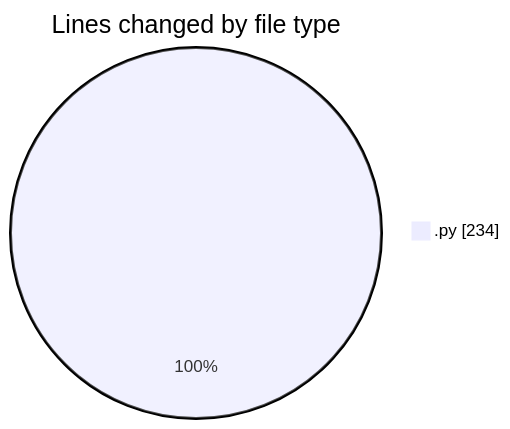
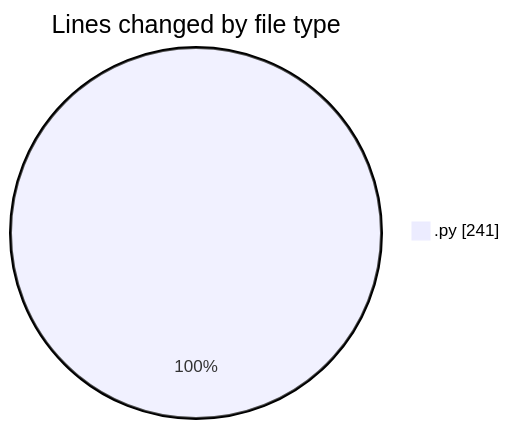
Before and after one commit to ernivani/code-tracking: the first of 2 diagrams in 2025-01-02/ai/README.md, drawn with Mermaid. The commit also changed other lines of this file and 1 other file, not shown here.

````diff
--- a/2025-01-02/ai/README.md
+++ b/2025-01-02/ai/README.md
@@ -21,5 +21,5 @@
 ```mermaid
 pie showData
 title Lines changed by file type
-".py" : 234
+".py" : 241
 ```
````
